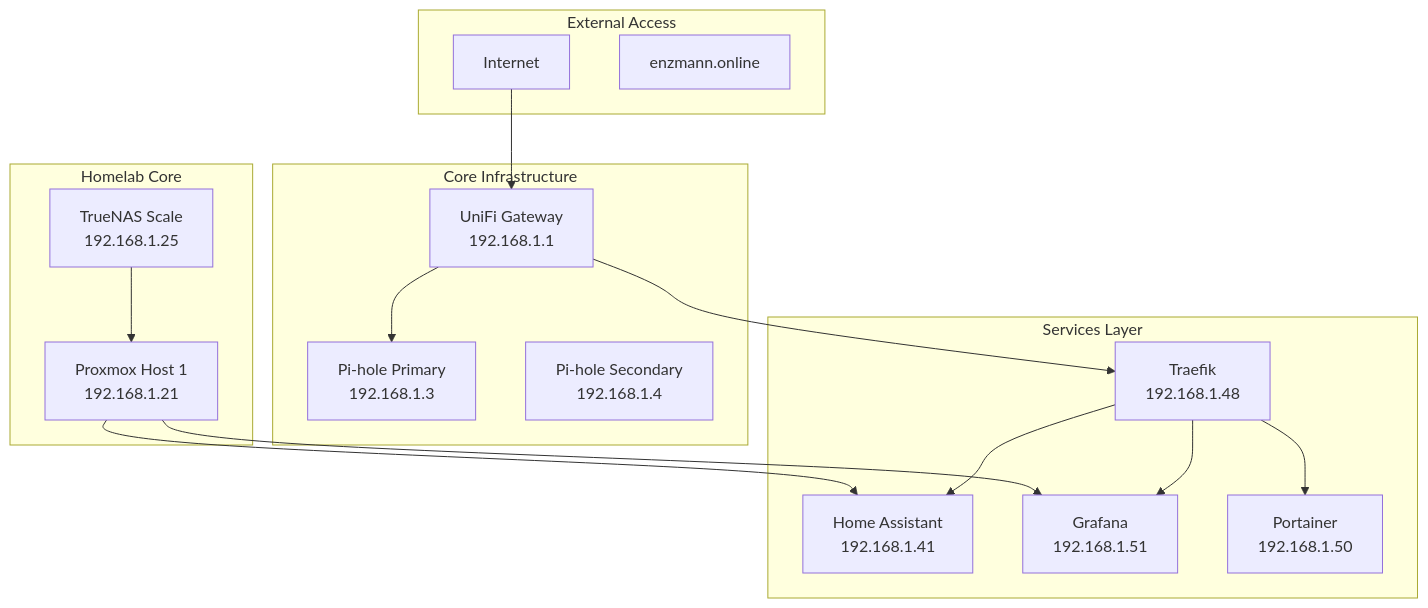
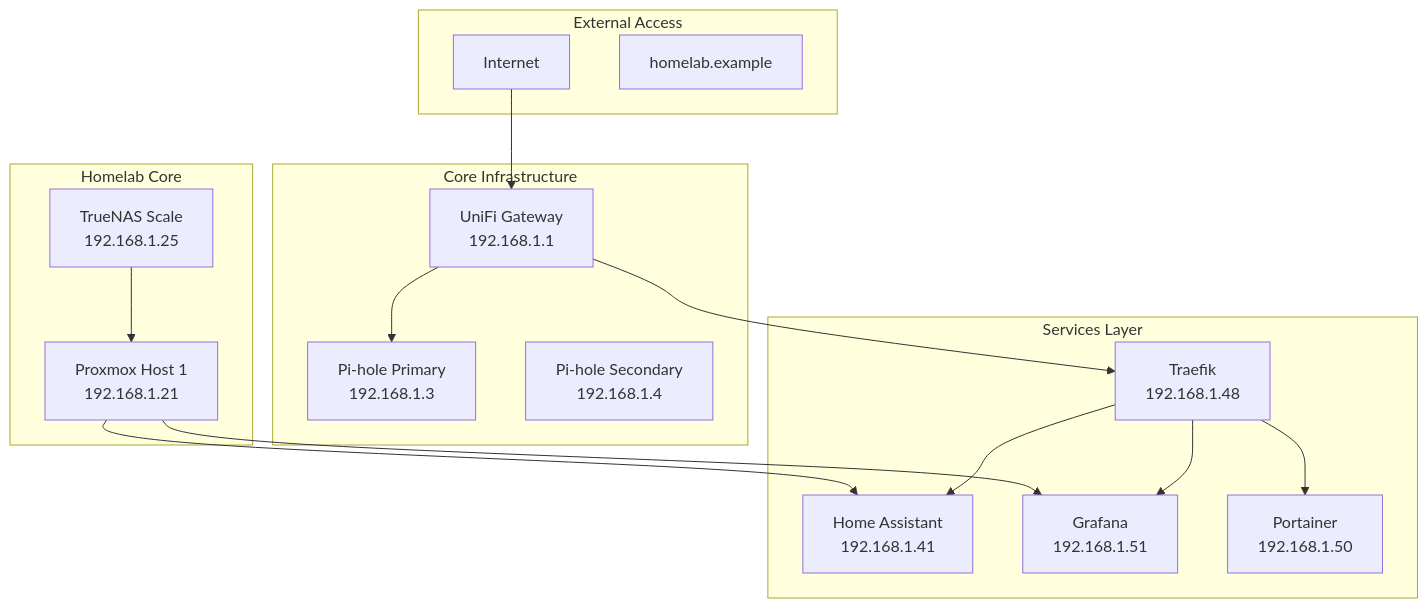
One commit to runtunfun/archive-consolidated changed the diagram in docs/inventory/standard-lan.md. Above: the diagram before and after it, drawn with Mermaid. The commit also changed other lines of this file and 23 other files, not shown here.

````diff
--- a/docs/inventory/standard-lan.md
+++ b/docs/inventory/standard-lan.md
@@ -140,35 +140,35 @@
 ```mermaid
 graph TB
     subgraph "External Access"
         Internet[Internet]
-        Domain[enzmann.online]
+        Domain[homelab.example]
     end
     
     subgraph "Core Infrastructure"
         UG[UniFi Gateway<br/>192.168.1.1]
         DNS1[Pi-hole Primary<br/>192.168.1.3]
         DNS2[Pi-hole Secondary<br/>192.168.1.4]
     end
     
     subgraph "Homelab Core"
         PVE1[Proxmox Host 1<br/>192.168.1.21]
         NAS[TrueNAS Scale<br/>192.168.1.25]
     end
     
     subgraph "Services Layer"
         Traefik[Traefik<br/>192.168.1.48]
         HA[Home Assistant<br/>192.168.1.41]
         Grafana[Grafana<br/>192.168.1.51]
         Portainer[Portainer<br/>192.168.1.50]
     end
     
     Internet --> UG
     UG --> DNS1
     UG --> Traefik
     Traefik --> HA
     Traefik --> Grafana
     Traefik --> Portainer
     PVE1 --> HA
     PVE1 --> Grafana
     NAS --> PVE1
 ```
````
